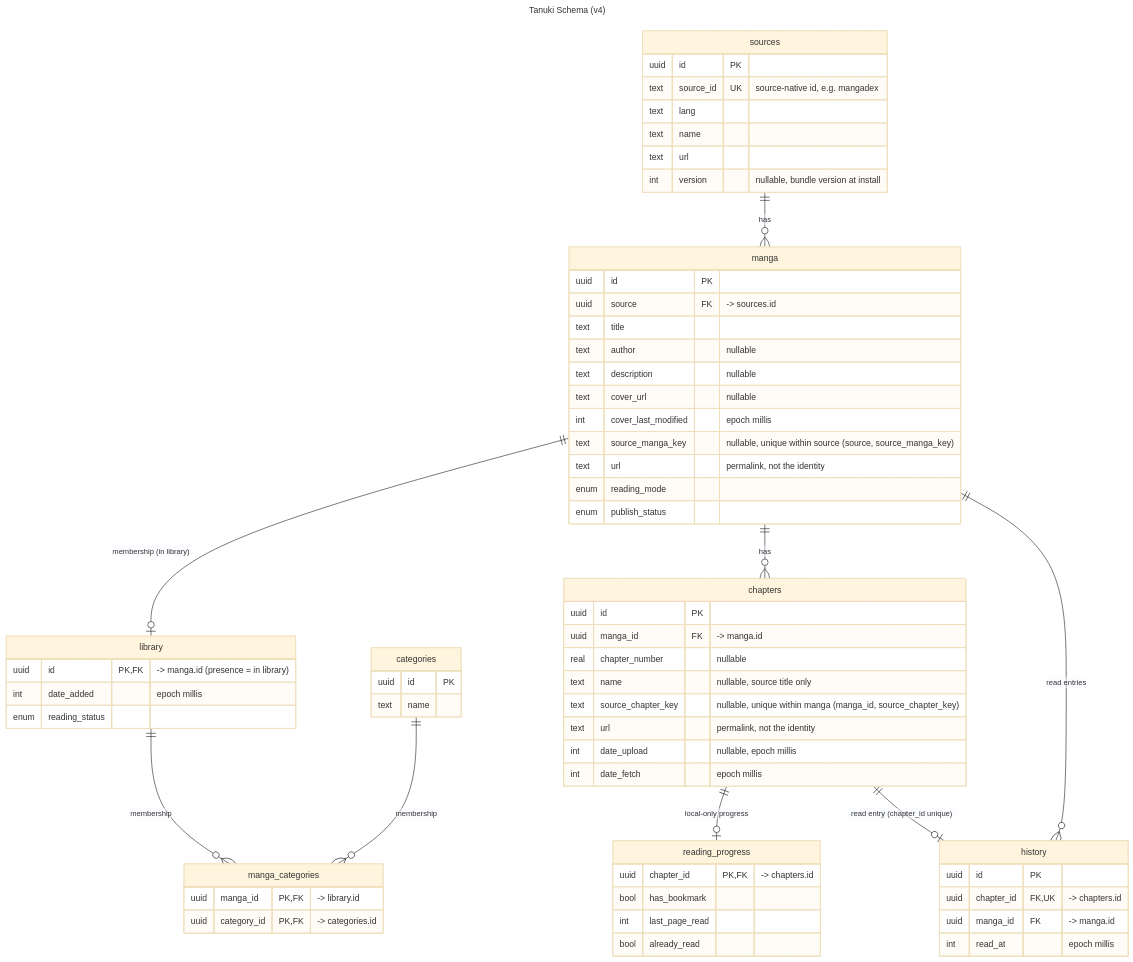
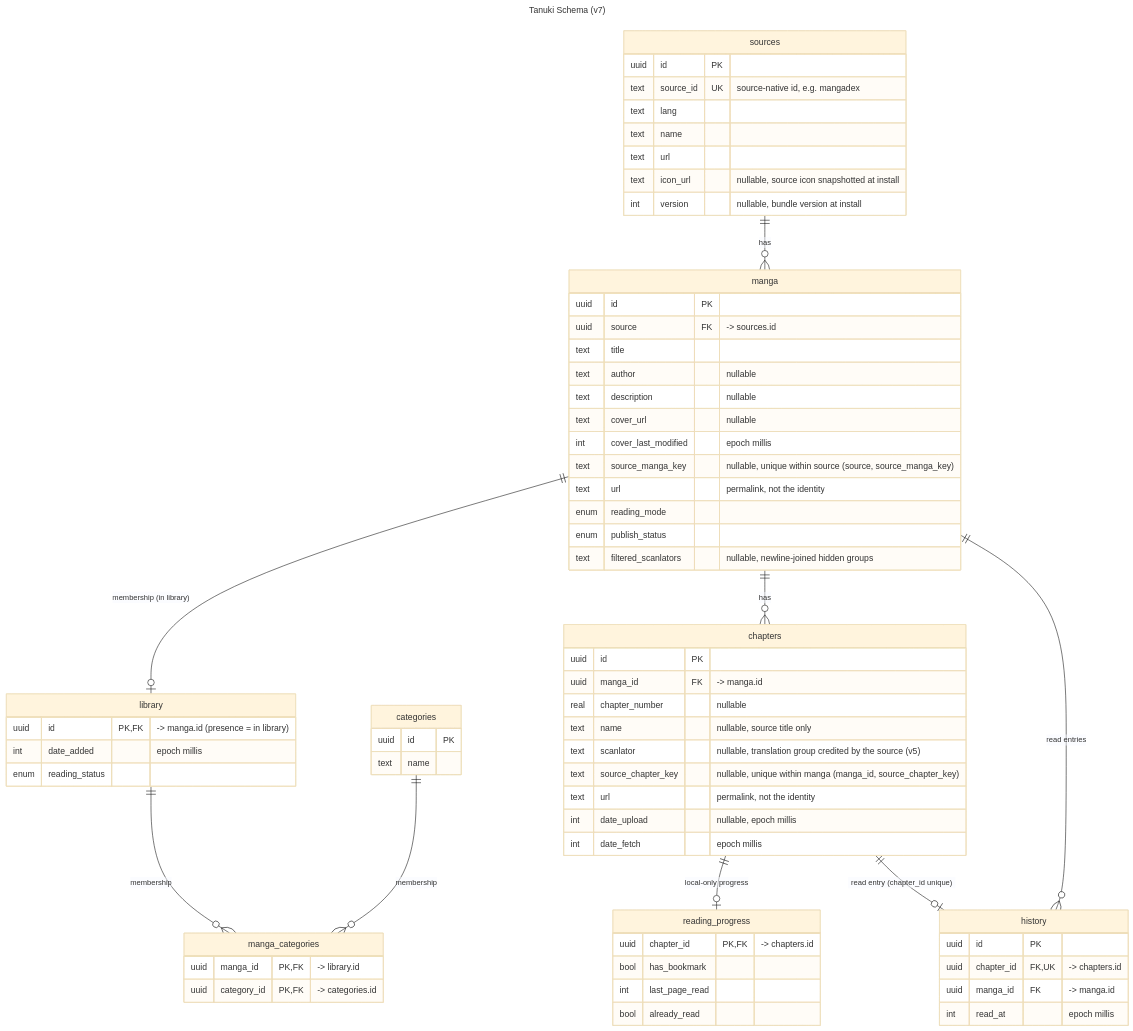
Before and after one commit to tanuki-reader/tanuki: the diagram in core/data/src/commonMain/kotlin/app/tanuki/core/data/database/schema.mmd, drawn with Mermaid (base theme). The commit also changed 34 other files, not shown here.

First line of the commit message:
feat(manga): scanlator filtering and source icons

```diff
--- a/core/data/src/commonMain/kotlin/app/tanuki/core/data/database/schema.mmd
+++ b/core/data/src/commonMain/kotlin/app/tanuki/core/data/database/schema.mmd
@@ -1,79 +1,82 @@
 ---
-title: Tanuki Schema (v4)
+title: Tanuki Schema (v7)
 ---
 %% Source-owned rows carry two identities: the local uuid PK, and the source-native key a refresh
 %% matches them back by (manga.source_manga_key, chapters.source_chapter_key). `url` is a display
 %% permalink on both — sources need not publish a per-record one, so it isn't unique.
 erDiagram
     sources {
         uuid id PK
         text source_id UK "source-native id, e.g. mangadex"
         text lang
         text name
         text url
+        text icon_url "nullable, source icon snapshotted at install"
         int version "nullable, bundle version at install"
     }
 
     manga {
         uuid id PK
         uuid source FK "-> sources.id"
         text title
         text author "nullable"
         text description "nullable"
         text cover_url "nullable"
         int cover_last_modified "epoch millis"
         text source_manga_key "nullable, unique within source (source, source_manga_key)"
         text url "permalink, not the identity"
         enum reading_mode
         enum publish_status
+        text filtered_scanlators "nullable, newline-joined hidden groups"
     }
 
     library {
         uuid id PK,FK "-> manga.id (presence = in library)"
         int date_added "epoch millis"
         enum reading_status
     }
 
     chapters {
         uuid id PK
         uuid manga_id FK "-> manga.id"
         real chapter_number "nullable"
         text name "nullable, source title only"
+        text scanlator "nullable, translation group credited by the source (v5)"
         text source_chapter_key "nullable, unique within manga (manga_id, source_chapter_key)"
         text url "permalink, not the identity"
         int date_upload "nullable, epoch millis"
         int date_fetch "epoch millis"
     }
 
     reading_progress {
         uuid chapter_id PK,FK "-> chapters.id"
         bool has_bookmark
         int last_page_read
         bool already_read
     }
 
     history {
         uuid id PK
         uuid chapter_id FK,UK "-> chapters.id"
         uuid manga_id FK "-> manga.id"
         int read_at "epoch millis"
     }
 
     categories {
         uuid id PK
         text name
     }
 
     manga_categories {
         uuid manga_id PK,FK "-> library.id"
         uuid category_id PK,FK "-> categories.id"
     }
 
     sources          ||--o{ manga            : "has"
     manga            ||--o| library          : "membership (in library)"
     manga            ||--o{ chapters          : "has"
     chapters         ||--o| reading_progress  : "local-only progress"
     chapters         ||--o| history           : "read entry (chapter_id unique)"
     manga            ||--o{ history           : "read entries"
     library          ||--o{ manga_categories  : "membership"
     categories       ||--o{ manga_categories  : "membership"
```
